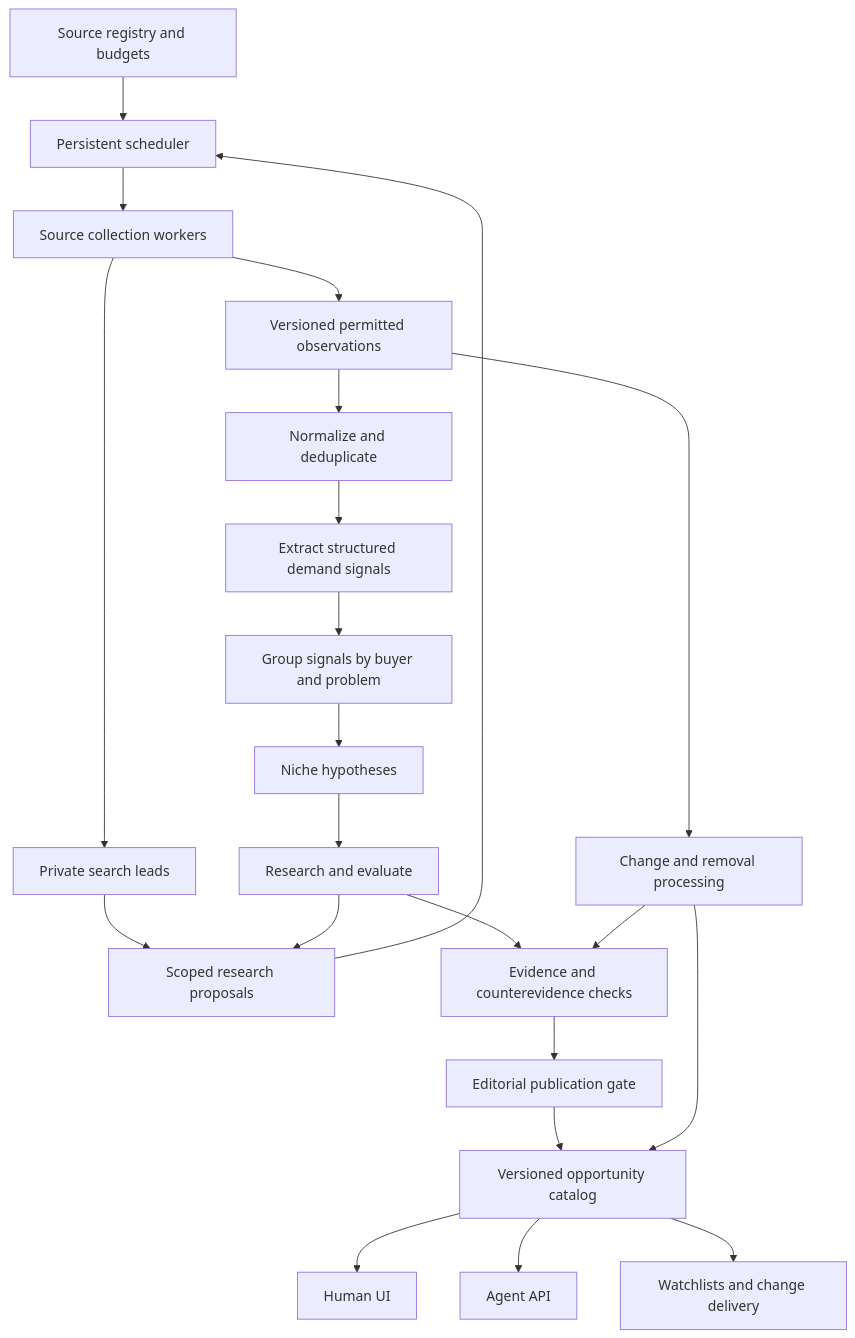
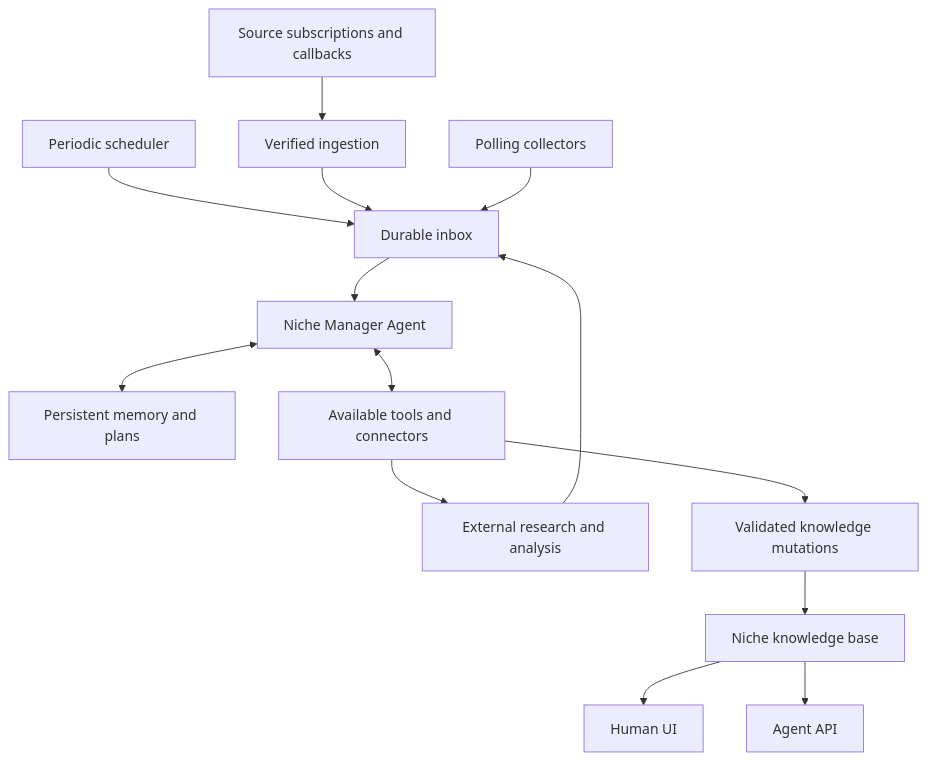
The diagram in docs/niche-discovery-architecture.md (impanyu/agentic_services), drawn with Mermaid before and after one commit. The commit also changed other lines of this file and 3 other files, not shown here.

Commit message:
Design full autonomous niche manager with tools and event-driven wakes

````diff
--- a/docs/niche-discovery-architecture.md
+++ b/docs/niche-discovery-architecture.md
@@ -40,24 +47,16 @@
 ```mermaid
 flowchart TD
-    R[Source registry and budgets] --> S[Persistent scheduler]
-    S --> C[Source collection workers]
-    C --> L[Private search leads]
-    C --> D[Versioned permitted observations]
-    L --> Q[Scoped research proposals]
-    Q --> S
-    D --> N[Normalize and deduplicate]
-    N --> E[Extract structured demand signals]
-    E --> K[Group signals by buyer and problem]
-    K --> H[Niche hypotheses]
-    H --> A[Research and evaluate]
-    A --> Q
-    A --> V[Evidence and counterevidence checks]
-    V --> P[Editorial publication gate]
-    P --> O[Versioned opportunity catalog]
-    O --> U[Human UI]
-    O --> I[Agent API]
-    O --> W[Watchlists and change delivery]
-    D --> X[Change and removal processing]
-    X --> V
-    X --> O
+    S[Periodic scheduler] --> Q[Durable inbox]
+    E[Source subscriptions and callbacks] --> G[Verified ingestion]
+    G --> Q
+    C[Polling collectors] --> Q
+    Q --> A[Niche Manager Agent]
+    A <--> M[Persistent memory and plans]
+    A <--> T[Available tools and connectors]
+    T --> R[External research and analysis]
+    T --> V[Validated knowledge mutations]
+    V --> K[Niche knowledge base]
+    K --> U[Human UI]
+    K --> I[Agent API]
+    R --> Q
 ```
````
